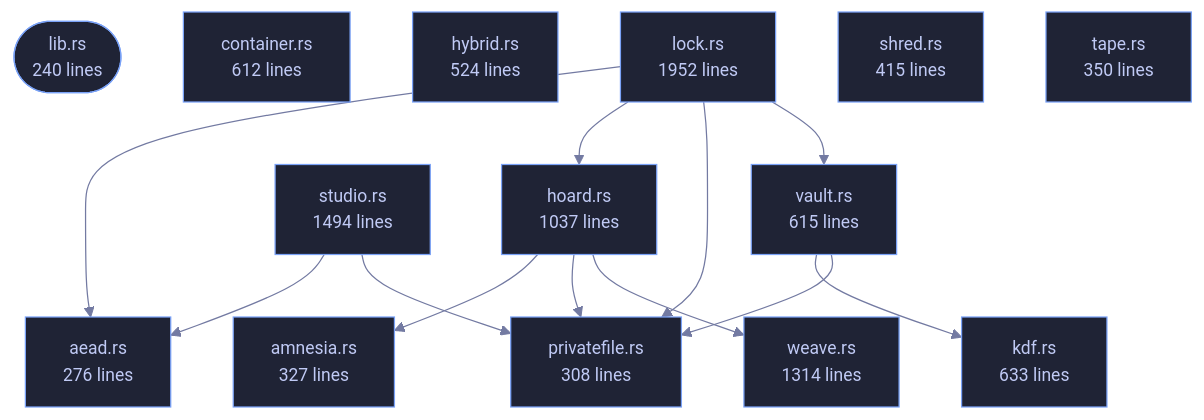
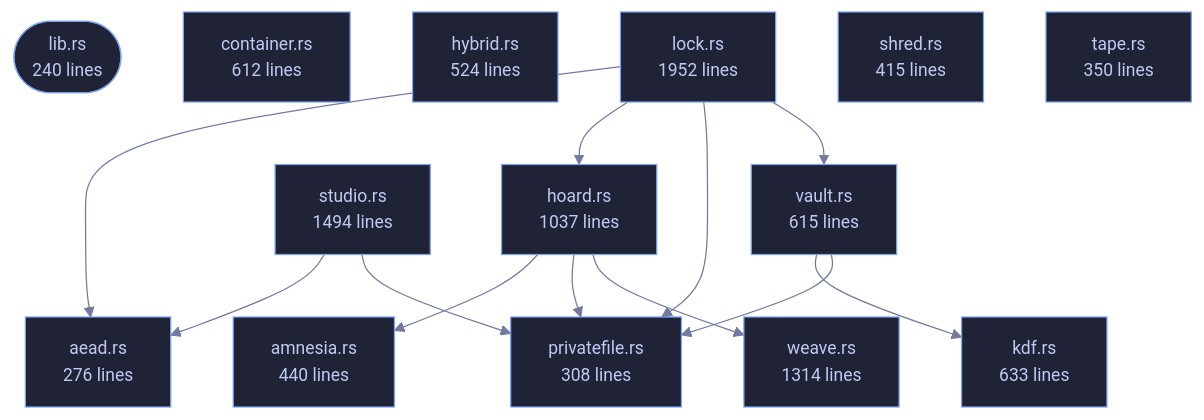
One commit to tilas01/veilvoice changed the diagram in wiki/Crate-veilvoice-crypto.md. Above: the diagram before and after it, drawn with Mermaid. The commit also changed other lines of this file and 19 other files, not shown here.

````diff
--- a/wiki/Crate-veilvoice-crypto.md
+++ b/wiki/Crate-veilvoice-crypto.md
@@ -95,43 +95,43 @@
 ```mermaid
 %%{init: {"theme":"base","themeVariables":{"background":"#1a1b26","primaryColor":"#1f2335","primaryTextColor":"#c0caf5","primaryBorderColor":"#7aa2f7","secondaryColor":"#16161e","tertiaryColor":"#16161e","lineColor":"#737aa2","textColor":"#c0caf5","mainBkg":"#1f2335","nodeBorder":"#7aa2f7","clusterBkg":"#16161e","clusterBorder":"#2f3549","fontFamily":"ui-monospace, SFMono-Regular, Consolas, monospace","fontSize":"14px"}}}%%
 flowchart TD
     n_lib(["lib.rs<br/>240 lines"])
     n_aead["aead.rs<br/>276 lines"]
-    n_amnesia["amnesia.rs<br/>327 lines"]
+    n_amnesia["amnesia.rs<br/>440 lines"]
     n_container["container.rs<br/>612 lines"]
     n_hoard["hoard.rs<br/>1037 lines"]
     n_hybrid["hybrid.rs<br/>524 lines"]
     n_kdf["kdf.rs<br/>633 lines"]
     n_lock["lock.rs<br/>1952 lines"]
     n_privatefile["privatefile.rs<br/>308 lines"]
     n_shred["shred.rs<br/>415 lines"]
     n_studio["studio.rs<br/>1494 lines"]
     n_tape["tape.rs<br/>350 lines"]
     n_vault["vault.rs<br/>615 lines"]
     n_weave["weave.rs<br/>1314 lines"]
     n_hoard --> n_amnesia
     n_hoard --> n_privatefile
     n_hoard --> n_weave
     n_lock --> n_aead
     n_lock --> n_hoard
     n_lock --> n_privatefile
     n_lock --> n_vault
     n_studio --> n_aead
     n_studio --> n_privatefile
     n_vault --> n_kdf
     n_vault --> n_privatefile
     click n_lib href "https://github.com/tilas01/veilvoice/blob/main/crates/veilvoice-crypto/src/lib.rs" "open the source"
     click n_aead href "https://github.com/tilas01/veilvoice/blob/main/crates/veilvoice-crypto/src/aead.rs" "open the source"
     click n_amnesia href "https://github.com/tilas01/veilvoice/blob/main/crates/veilvoice-crypto/src/amnesia.rs" "open the source"
     click n_container href "https://github.com/tilas01/veilvoice/blob/main/crates/veilvoice-crypto/src/container.rs" "open the source"
     click n_hoard href "https://github.com/tilas01/veilvoice/blob/main/crates/veilvoice-crypto/src/hoard.rs" "open the source"
     click n_hybrid href "https://github.com/tilas01/veilvoice/blob/main/crates/veilvoice-crypto/src/hybrid.rs" "open the source"
     click n_kdf href "https://github.com/tilas01/veilvoice/blob/main/crates/veilvoice-crypto/src/kdf.rs" "open the source"
     click n_lock href "https://github.com/tilas01/veilvoice/blob/main/crates/veilvoice-crypto/src/lock.rs" "open the source"
     click n_privatefile href "https://github.com/tilas01/veilvoice/blob/main/crates/veilvoice-crypto/src/privatefile.rs" "open the source"
     click n_shred href "https://github.com/tilas01/veilvoice/blob/main/crates/veilvoice-crypto/src/shred.rs" "open the source"
     click n_studio href "https://github.com/tilas01/veilvoice/blob/main/crates/veilvoice-crypto/src/studio.rs" "open the source"
     click n_tape href "https://github.com/tilas01/veilvoice/blob/main/crates/veilvoice-crypto/src/tape.rs" "open the source"
     click n_vault href "https://github.com/tilas01/veilvoice/blob/main/crates/veilvoice-crypto/src/vault.rs" "open the source"
     click n_weave href "https://github.com/tilas01/veilvoice/blob/main/crates/veilvoice-crypto/src/weave.rs" "open the source"
 ```
````
